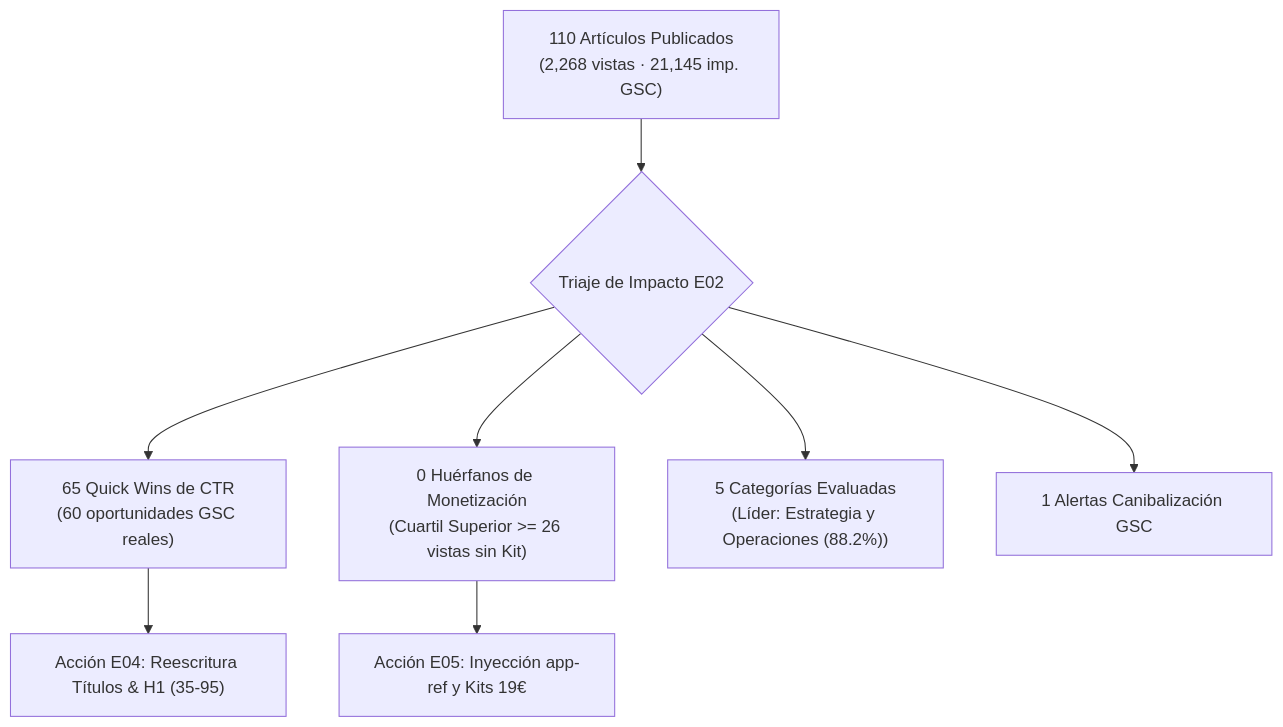
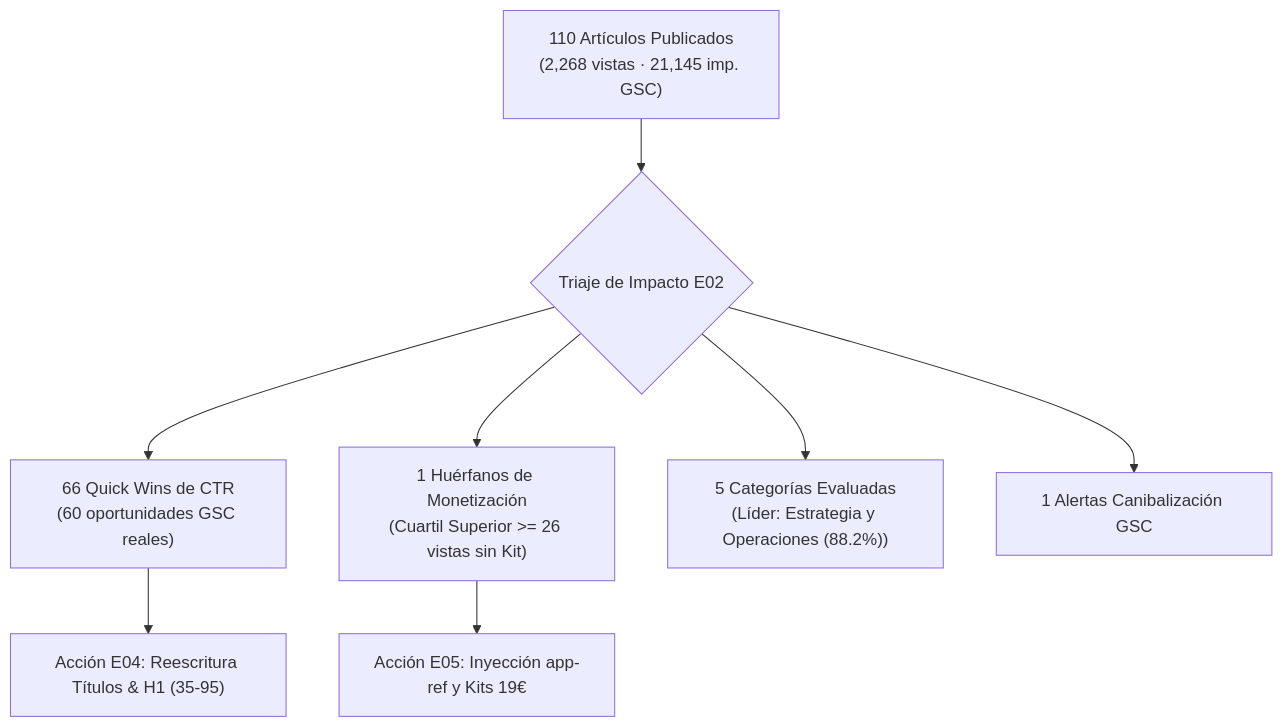
Before and after one commit to Dalaez/datalaria-website: the diagram in specs/audit/IMPACT_REPORT.md, drawn with Mermaid. The commit also changed other lines of this file and 8 other files, not shown here.

````diff
--- a/specs/audit/IMPACT_REPORT.md
+++ b/specs/audit/IMPACT_REPORT.md
@@ -23,10 +23,10 @@
 ```mermaid
 flowchart TD
     A["110 Artículos Publicados\n(2,268 vistas · 21,145 imp. GSC)"] --> B{"Triaje de Impacto E02"}
-    B --> C["65 Quick Wins de CTR\n(60 oportunidades GSC reales)"]
-    B --> D["0 Huérfanos de Monetización\n(Cuartil Superior >= 26 vistas sin Kit)"]
+    B --> C["66 Quick Wins de CTR\n(60 oportunidades GSC reales)"]
+    B --> D["1 Huérfanos de Monetización\n(Cuartil Superior >= 26 vistas sin Kit)"]
     B --> E["5 Categorías Evaluadas\n(Líder: Estrategia y Operaciones (88.2%))"]
     B --> H["1 Alertas Canibalización GSC"]
     C --> F["Acción E04: Reescritura Títulos & H1 (35-95)"]
     D --> G["Acción E05: Inyección app-ref y Kits 19€"]
 ```
````
